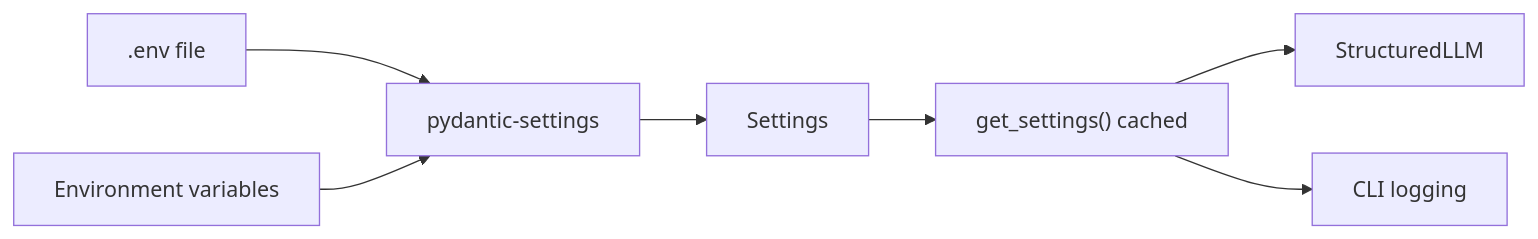
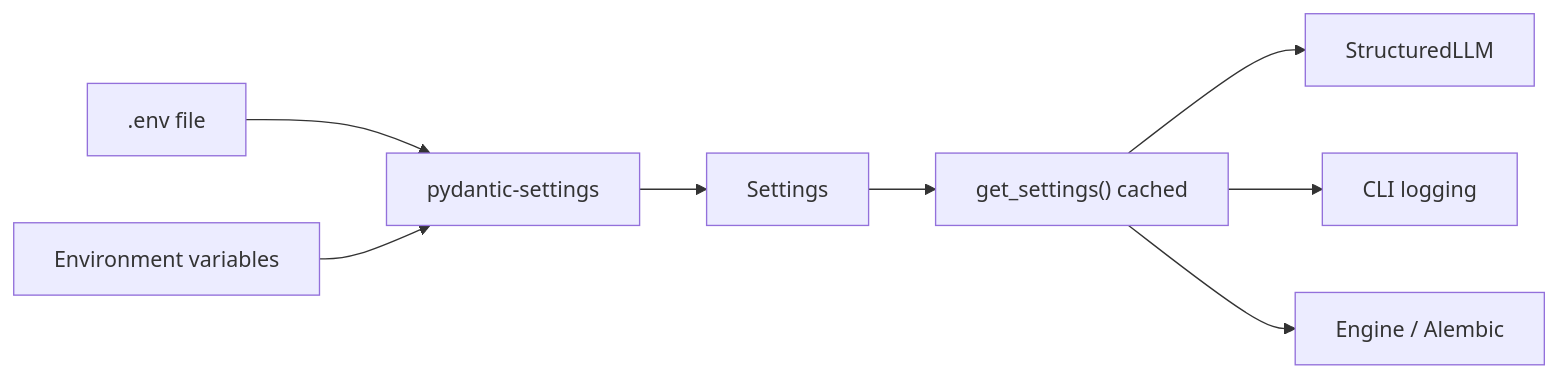
The first of 2 diagrams in docs/development/config.md (shira-ozana/career-ai), drawn with Mermaid before and after one commit. The commit also changed other lines of this file and 31 other files, not shown here.

````diff
--- a/docs/development/config.md
+++ b/docs/development/config.md
@@ -9,9 +9,10 @@
 ```mermaid
 flowchart LR
     ENV[.env file] --> PS[pydantic-settings]
     OS[Environment variables] --> PS
     PS --> Settings[Settings]
     Settings --> get_settings["get_settings() cached"]
     get_settings --> LLM[StructuredLLM]
     get_settings --> CLI[CLI logging]
+    get_settings --> DB[Engine / Alembic]
 ```
````
